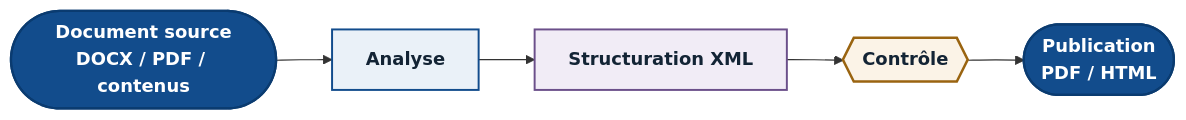
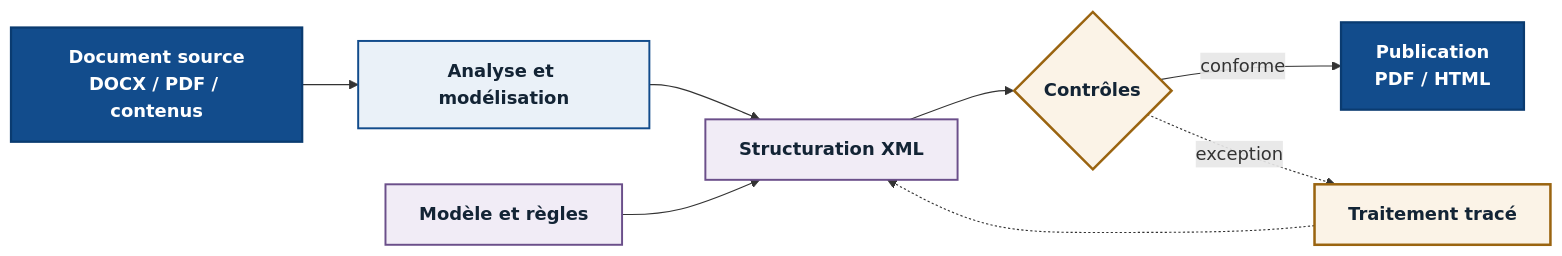
Before and after one commit to Gooseppr/ppr_solution_site: the diagram in assets/diagrams/sources/documentation-structuree.mmd, drawn with Mermaid. The commit also changed 22 other files, not shown here.

```diff
--- a/assets/diagrams/sources/documentation-structuree.mmd
+++ b/assets/diagrams/sources/documentation-structuree.mmd
@@ -1,15 +1,18 @@
 flowchart LR
     accTitle: Chaîne de structuration documentaire
-    accDescr: Un document ou contenu source est analysé, structuré en XML selon un modèle, contrôlé puis publié en PDF et HTML.
+    accDescr: Un document ou contenu source est analysé et structuré en XML selon un modèle et des règles. Les contrôles orientent les exceptions vers un traitement explicite avant publication.
 
-    A(["`**Document source**
-    DOCX / PDF / contenus`"]):::terminal --> B["`**Analyse**`"]:::action
+    A["`**Document source**
+    DOCX / PDF / contenus`"]:::terminal --> B["`**Analyse et modélisation**`"]:::action
     B --> C["`**Structuration XML**`"]:::structure
-    C --> D{{"`**Contrôle**`"}}:::warning
-    D --> E(["`**Publication**
-    PDF / HTML`"]):::terminal
+    R["`**Modèle et règles**`"]:::structure --> C
+    C --> D{"`**Contrôles**`"}:::warning
+    D -->|conforme| E["`**Publication**
+    PDF / HTML`"]:::terminal
+    D -.->|exception| X["`**Traitement tracé**`"]:::warning
+    X -.-> C
 
     classDef terminal fill:#124c8c,stroke:#0a3b70,stroke-width:2px,color:#ffffff,font-weight:700;
     classDef action fill:#eaf1f8,stroke:#124c8c,stroke-width:1.75px,color:#132435,font-weight:500;
     classDef structure fill:#f1ecf6,stroke:#6b4f8a,stroke-width:1.75px,color:#132435,font-weight:500;
     classDef warning fill:#fbf3e7,stroke:#9a6410,stroke-width:2.25px,color:#132435,font-weight:500;
```
